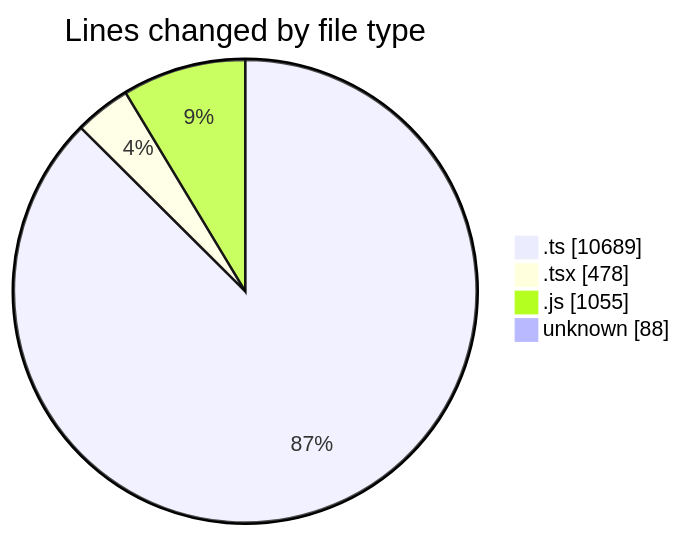
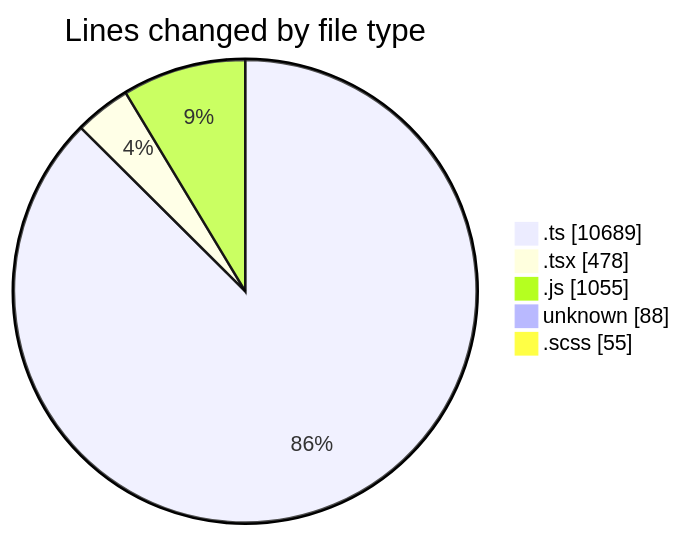
Before and after one commit to momahboobian/code-tracking: the first of 2 diagrams in 2026-03-11/cda/README.md, drawn with Mermaid. The commit also changed other lines of this file and 1 other file, not shown here.

````diff
--- a/2026-03-11/cda/README.md
+++ b/2026-03-11/cda/README.md
@@ -34,8 +35,9 @@
 ```mermaid
 pie showData
 title Lines changed by file type
 ".ts" : 10689
 ".tsx" : 478
 ".js" : 1055
 "unknown" : 88
+".scss" : 55
 ```
````
